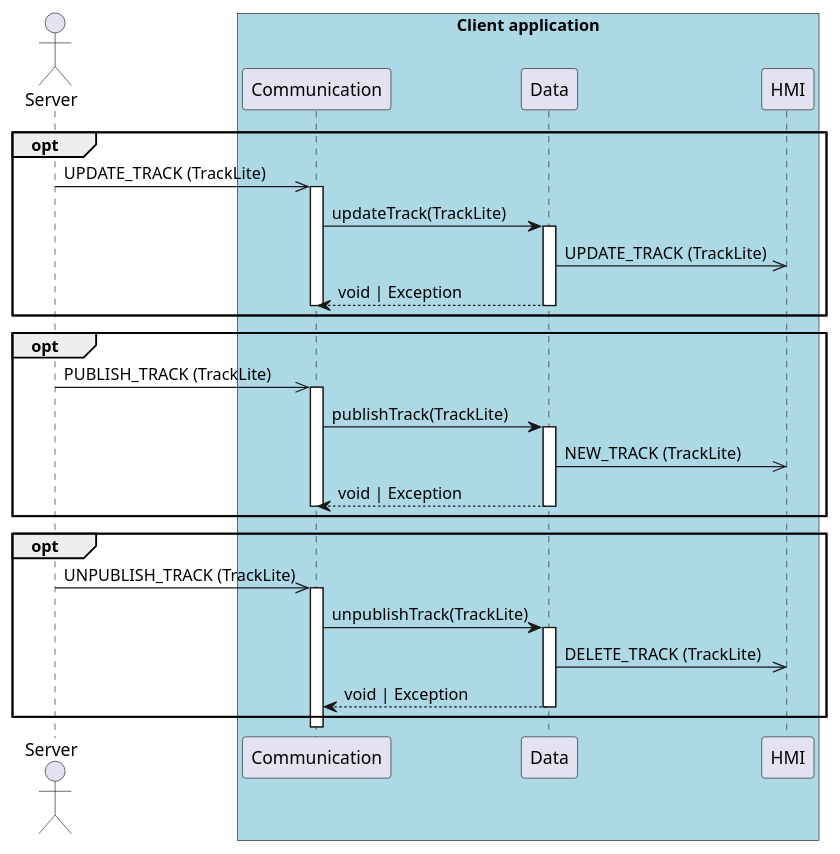
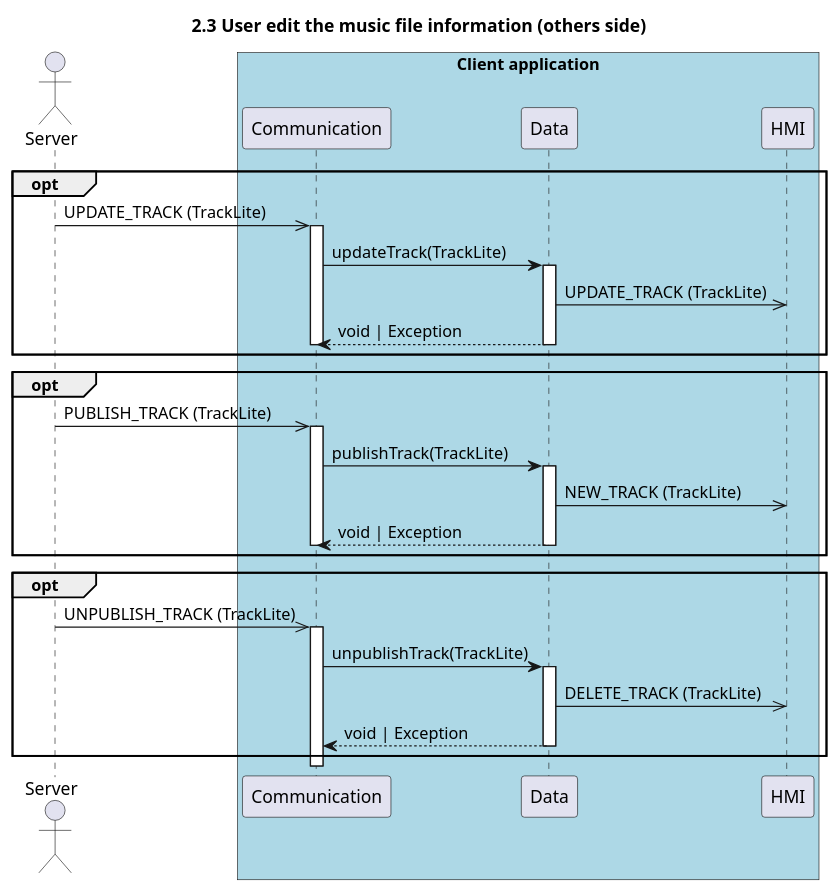
One commit to UTCAI12/Diagrams changed the diagram in sequence/2.3.update_music_file_others.puml. Above: the diagram before and after it, drawn with PlantUML. The commit also changed 30 other files, not shown here.

Commit message:
adding titles on all diagrams

```diff
--- a/sequence/2.3.update_music_file_others.puml
+++ b/sequence/2.3.update_music_file_others.puml
@@ -1,32 +1,34 @@
-@startuml  2.3 User edit the music file information (others side)
+@startuml 2.3 User edit the music file information (others side)
+title 2.3 User edit the music file information (others side)
+
 actor "Server" as server
 box "Client application" #LightBlue
     participant Communication as com
     participant Data as data
     participant HMI as hmi
 end box
 
 opt 
     server ->> com++:  UPDATE_TRACK (TrackLite) 
     com -> data++: updateTrack(TrackLite)
     data->>hmi: UPDATE_TRACK (TrackLite) 
     return void | Exception
     deactivate com
 end
 
 opt 
     server ->> com++:  PUBLISH_TRACK (TrackLite) 
     com -> data++: publishTrack(TrackLite)
     data->>hmi: NEW_TRACK (TrackLite) 
     return void | Exception
     deactivate com
 end
 
 opt 
     server ->> com++:  UNPUBLISH_TRACK (TrackLite) 
     com -> data++: unpublishTrack(TrackLite)
     data->>hmi: DELETE_TRACK (TrackLite) 
     return void | Exception
 end
 
 @enduml
```
